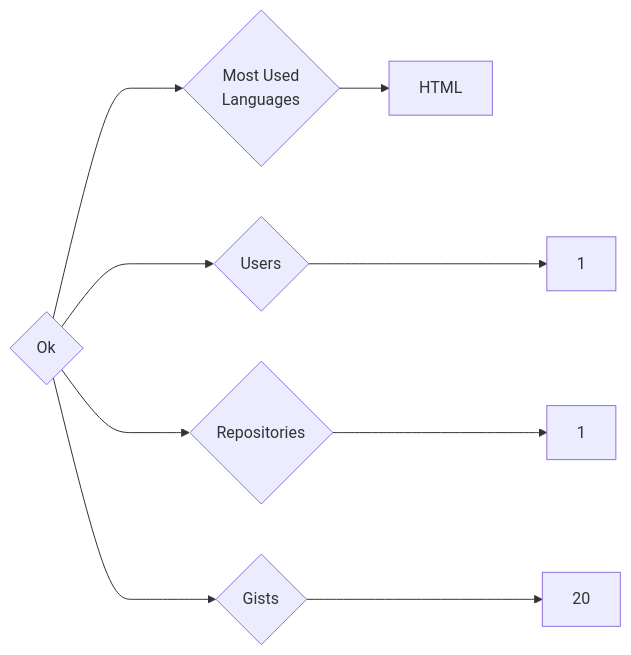
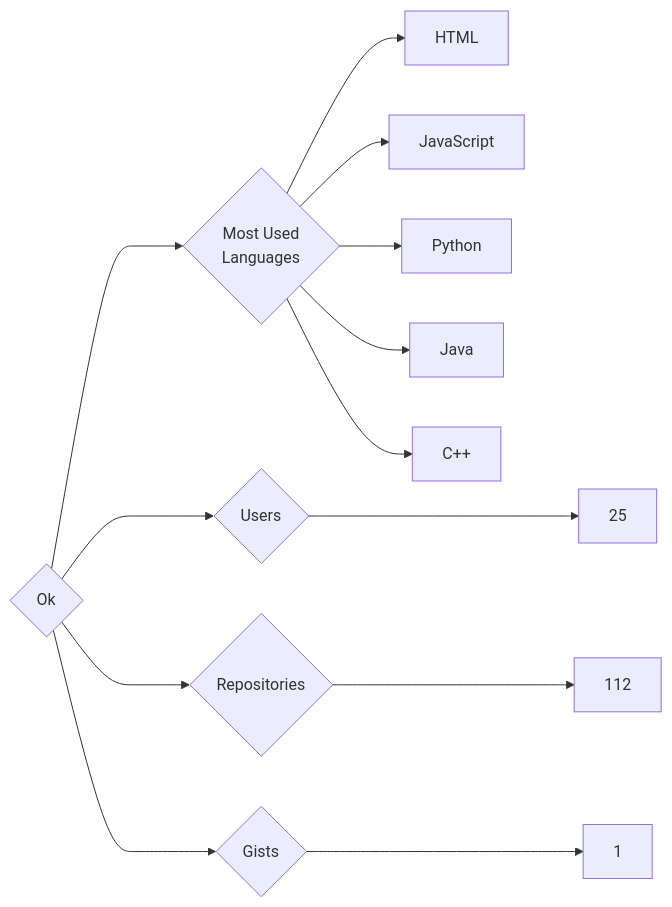
One commit to trickest/insiders changed the diagram in targets/Ok/README.md. Above: the diagram before and after it, drawn with Mermaid. The commit also changed 969 other files, not shown here.

````diff
--- a/targets/Ok/README.md
+++ b/targets/Ok/README.md
@@ -3,9 +3,13 @@
 ```mermaid
 graph LR
 COMPANY_NAME{Ok}
-COMPANY_NAME ---> U{Users} ---> UN[1]
-COMPANY_NAME ---> R{Repositories} ---> RN[1]
-COMPANY_NAME ---> G{Gists} ---> GN[20]
+COMPANY_NAME ---> U{Users} ---> UN[25]
+COMPANY_NAME ---> R{Repositories} ---> RN[112]
+COMPANY_NAME ---> G{Gists} ---> GN[1]
 COMPANY_NAME ---> ML{Most Used<br>Languages}
 ML --> HTML[HTML]
+ML --> JavaScript[JavaScript]
+ML --> Python[Python]
+ML --> Java[Java]
+ML --> C++[C++]
 ```
````
